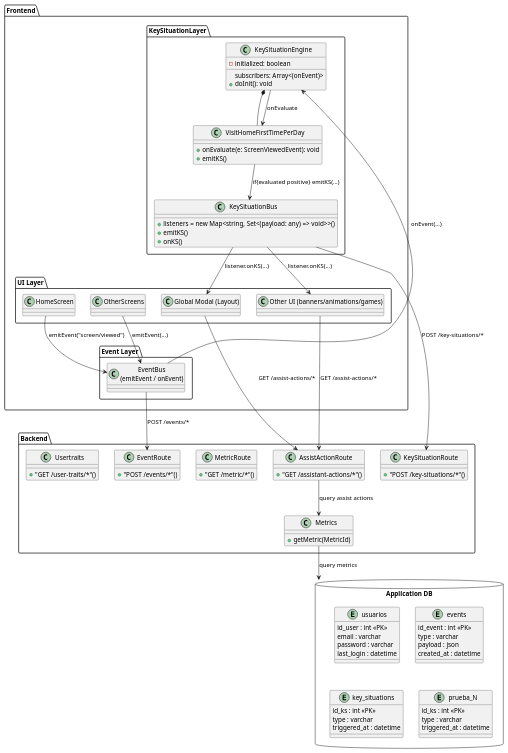
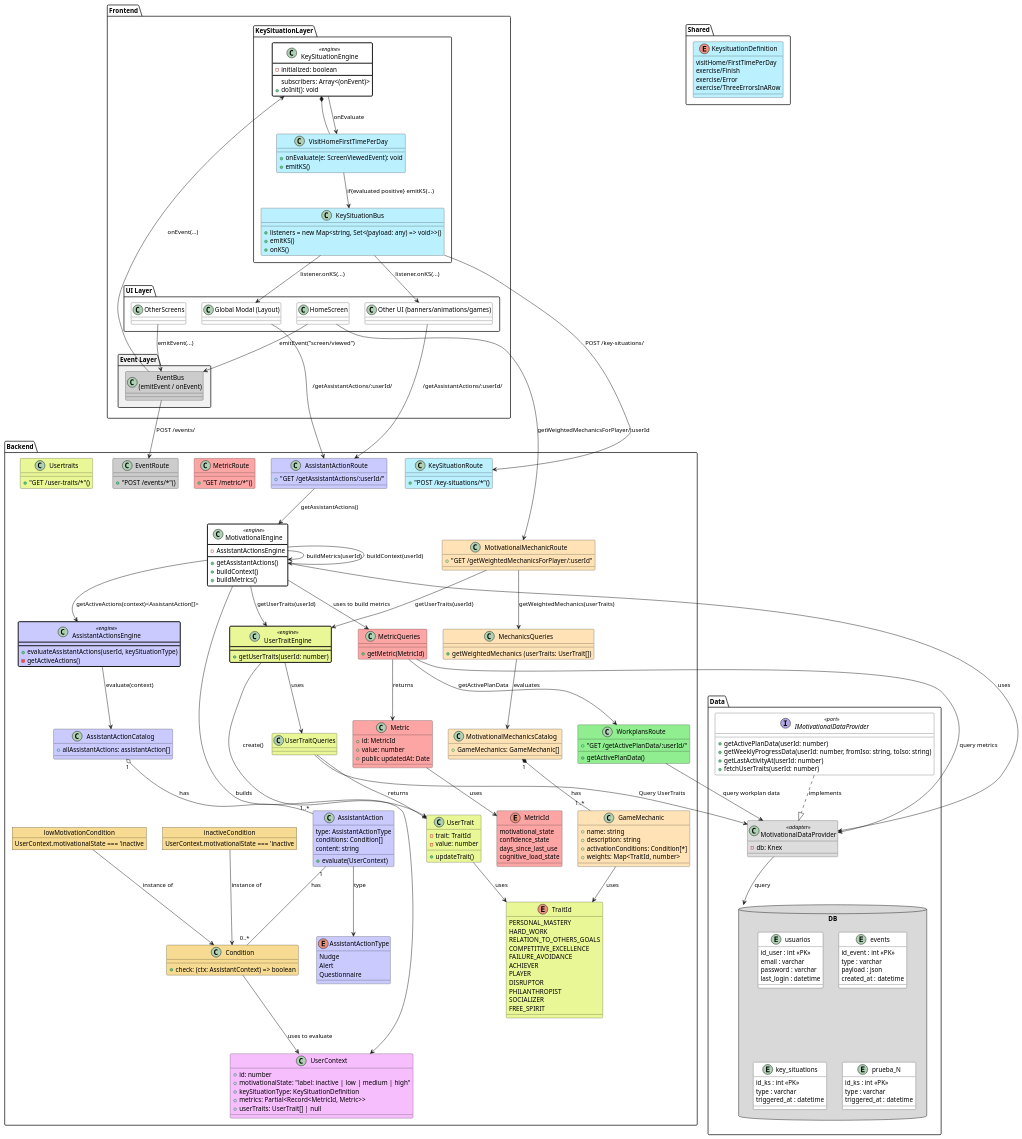
One commit to Maks-stack/ontology changed the first of 2 diagrams in Architecture/DetailedImplementationArchitecture.puml. Above: the diagram before and after it, drawn with PlantUML. The commit also changed other lines of this file and 7 other files, not shown here.

Commit message:
Detailed implementation architecture

```diff
--- a/Architecture/DetailedImplementationArchitecture.puml
+++ b/Architecture/DetailedImplementationArchitecture.puml
@@ -2,6 +2,20 @@
 skinparam componentStyle rectangle
 skinparam shadowing false
 
+skinparam class {
+  BackgroundColor #ffffff
+  BorderColor<<engine>> #000000ff
+  BorderThickness<<engine>> 2
+}
+
+package Shared {
+  enum KeysituationDefinition #bbf0ff {
+    visitHome/FirstTimePerDay
+    exercise/Finish
+    exercise/Error
+    exercise/ThreeErrorsInARow
+  }
+}
 package Frontend {
   package "UI Layer" {
     class HomeScreen
@@ -10,23 +24,23 @@
     class OtherUI as "Other UI (banners/animations/games)"
   }
 
-  package "Event Layer" {
-    class EventBus as "EventBus\n(emitEvent / onEvent)"
+  package "Event Layer" #f1f1f1 {
+    class EventBus as "EventBus\n(emitEvent / onEvent)" #ccccccff
   }
 
-  package KeySituationLayer {
-    class KeySituationEngine {
+  package KeySituationLayer  {
+    class KeySituationEngine <<engine>> {
       subscribers: Array<(onEvent)>
       -initialized: boolean
       +doInit(): void
     }
 
-    class VisitHomeFirstTimePerDay {
+    class VisitHomeFirstTimePerDay #bbf0ff  {
       +onEvaluate(e: ScreenViewedEvent): void
       +emitKS()
     }
     
-    class KeySituationBus as "KeySituationBus"
+    class KeySituationBus as "KeySituationBus"#bbf0ff
     {
       +listeners = new Map<string, Set<(payload: any) => void>>()
       +emitKS()
@@ -43,33 +57,166 @@
 
 
 package "Backend" {
-  class KeySituationRoute {
+  class KeySituationRoute #bbf0ff{
     +"POST /key-situations/*"()
   }
 
-  class EventRoute {
+  class EventRoute #ccccccff {
     +"POST /events/*"()
   }
 
-  class MetricRoute {
+  class MetricRoute #fda5a5ff {
     +"GET /metric/*"()
   }
 
-  class Metrics {
+  class AssistantActionRoute #cacaff {
+    +"GET /getAssistantActions/:userId/"
+  }
+
+    class MotivationalMechanicRoute #ffe3b6ff{
+    +"GET /getWeightedMechanicsForPlayer/:userId"
+  }
+
+  class MetricQueries #fda5a5ff {
     +getMetric(MetricId)  
   }
 
-  class AssistActionRoute {
-    +"GET /assistant-actions/*"()
+  class Usertraits #eaf797ff {
+    +"GET /user-traits/*"()
   }
 
-  class Usertraits {
-    +"GET /user-traits/*"()
+  class UserTraitQueries #eaf797ff {
+  }
 
+  class UserContext #f7befeff {
+    + id: number
+    + motivationalState: "label: inactive | low |  medium | high"  
+    + keySituationType: KeySituationDefinition
+	  + metrics: Partial<Record<MetricId, Metric>>
+	  + userTraits: UserTrait[] | null
+  }
+
+  class MotivationalEngine <<engine>>  {
+    -AssistantActionsEngine
+    +getAssistantActions()
+    +buildContext() 
+    +buildMetrics()
+  }
+
+  class AssistantActionsEngine <<engine>> #cacaff {
+    +evaluateAssistantActions(userId, keySituationType)
+    -getActiveActions()
+  }
+
+  class UserTraitEngine <<engine>> #eaf797ff {
+    +getUserTraits(userId: number)
+  }
+  enum AssistantActionType #cacaff {
+    Nudge
+    Alert
+    Questionnaire
+  }
+  class AssistantAction #cacaff {
+    type: AssistantActionType
+	  conditions: Condition[]
+	  content: string
+    + evaluate(UserContext)
+  }
+  AssistantAction --> AssistantActionType : type
+
+  class AssistantActionCatalog #cacaff {
+    +allAssistantActions: assistantAction[]
+  }
+
+  class Condition #f8db92ff{
+    +check: (ctx: AssistantContext) => boolean
+  }
+  object inactiveCondition #f8db92ff {
+    UserContext.motivationalState === 'inactive
+  }
+  inactiveCondition --> Condition : instance of
+
+  object lowMotivationCondition #f8db92ff {
+    UserContext.motivationalState === 'inactive
+  }
+  lowMotivationCondition --> Condition : instance of
+  
+  class Metric #fda5a5ff {
+    + id: MetricId
+    + value: number
+    + public updatedAt: Date
+  } 
+
+  enum MetricId #fda5a5ff{
+    motivational_state
+    confidence_state
+    days_since_last_use
+    cognitive_load_state
+  }
+
+  Metric --> MetricId : uses
+
+  class UserTrait #eaf797ff{
+    -trait: TraitId
+    -value: number
+    +updateTrait()
+  }
+
+  enum TraitId #eaf797ff {
+    PERSONAL_MASTERY 
+    HARD_WORK 
+    RELATION_TO_OTHERS_GOALS
+    COMPETITIVE_EXCELLENCE 
+    FAILURE_AVOIDANCE 
+    ACHIEVER
+    PLAYER
+    DISRUPTOR
+    PHILANTHROPIST
+    SOCIALIZER
+    FREE_SPIRIT
+  }
+
+  class MotivationalMechanicsCatalog #ffe3b6ff {
+    +GameMechanics: GameMechanic[]
+  }
+
+  class GameMechanic #ffe3b6ff {
+    + name: string
+    + description: string
+    + activationConditions: Condition[*]
+    + weights: Map<TraitId, number>
+  }
+  UserTrait --> TraitId : uses
+  GameMechanic --> TraitId : uses
+
+  class MechanicsQueries #ffe3b6ff {
+    +getWeightedMechanics (userTraits: UserTrait[])
+  }
+
+  class WorkplansRoute #lightgreen {
+    + "GET /getActivePlanData/:userId/"
+    + getActivePlanData()
   }
 }
 
-database "Application DB" as DB {
+package Data {
+
+  interface IMotivationalDataProvider <<port>> #ffffff {
+    + getActivePlanData(userId: number)
+    + getWeeklyProgressData(userId: number, fromIso: string, toIso: string)
+    + getLastActivityAt(userId: number)
+    + fetchUserTraits(userId: number)
+    
+  }
+
+  class MotivationalDataProvider <<adapter>> #dddddd {
+    - db: Knex
+  }
+
+  MotivationalDataProvider --> DB : query
+
+  IMotivationalDataProvider ..|> MotivationalDataProvider : implements
+  database "Application DB" as DB #d9d9d9ff {
   entity "usuarios" {
     id_user : int <<PK>>
     email : varchar
@@ -96,6 +243,10 @@
     triggered_at : datetime
   }
 }
+}
+
+
+
 
 
 
@@ -109,13 +260,47 @@
 KeySituationBus --> GlobalModal : listener.onKS(...)
 KeySituationBus --> OtherUI : listener.onKS(...)
 
-EventBus --> EventRoute : POST /events/*
-KeySituationBus --> KeySituationRoute : POST /key-situations/*
+EventBus --> EventRoute : POST /events/
+KeySituationBus --> KeySituationRoute : POST /key-situations/
 
-Metrics --> DB : query metrics
+MetricQueries --> Data.MotivationalDataProvider : query metrics
+MotivationalEngine --> Data.MotivationalDataProvider : uses
 
-GlobalModal --> AssistActionRoute : GET /assist-actions/*
-OtherUI --> AssistActionRoute : GET /assist-actions/*
+GlobalModal --> AssistantActionRoute : /getAssistantActions/:userId/
+OtherUI --> AssistantActionRoute : /getAssistantActions/:userId/
 
-AssistActionRoute --> Metrics : query assist actions
+Backend.AssistantActionCatalog "1" o-- "1..*" Backend.AssistantAction : has
+
+AssistantActionRoute --> MotivationalEngine : getAssistantActions()
+
+Backend.AssistantAction "1" -- "0..*" Backend.Condition : has
+
+AssistantActionsEngine --> Backend.AssistantActionCatalog : evaluate(context)
+
+MetricQueries --> Metric : returns
+MetricQueries --> WorkplansRoute : getActivePlanData
+WorkplansRoute --> Data.MotivationalDataProvider : query workplan data
+
+MotivationalEngine --> AssistantActionsEngine : getActiveActions(context)<AssistantAction[]>
+MotivationalEngine --> MotivationalEngine : buildMetrics(userId)
+MotivationalEngine --> MotivationalEngine : buildContext(userId)
+MotivationalEngine --> MetricQueries : uses to build metrics
+MotivationalEngine --> UserTraitEngine: getUserTraits(userId)
+UserTraitEngine --> UserTraitQueries: uses
+UserTraitEngine --> UserTrait: create()
+UserTraitQueries --> UserTrait : returns
+UserTraitQueries --> Data.MotivationalDataProvider : Query UserTraits
+
+MotivationalMechanicsCatalog "1" *-- "1..*" GameMechanic : has
+
+HomeScreen --> MotivationalMechanicRoute : getWeightedMechanicsForPlayer/:userId
+
+MotivationalMechanicRoute --> MechanicsQueries : getWeightedMechanics(userTraits)
+
+MotivationalMechanicRoute --> UserTraitEngine : getUserTraits(userId)
+
+MechanicsQueries --> MotivationalMechanicsCatalog : evaluates
+
+Condition --> UserContext : uses to evaluate
+MotivationalEngine --> UserContext : builds
 @enduml
```
